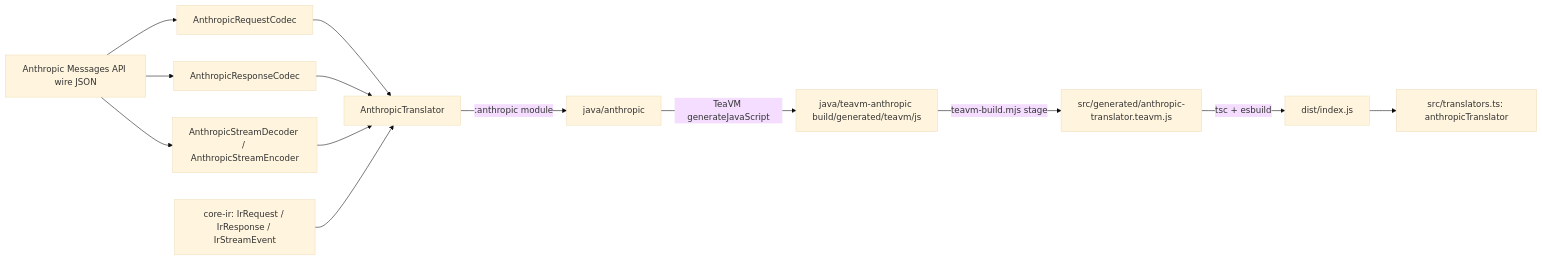
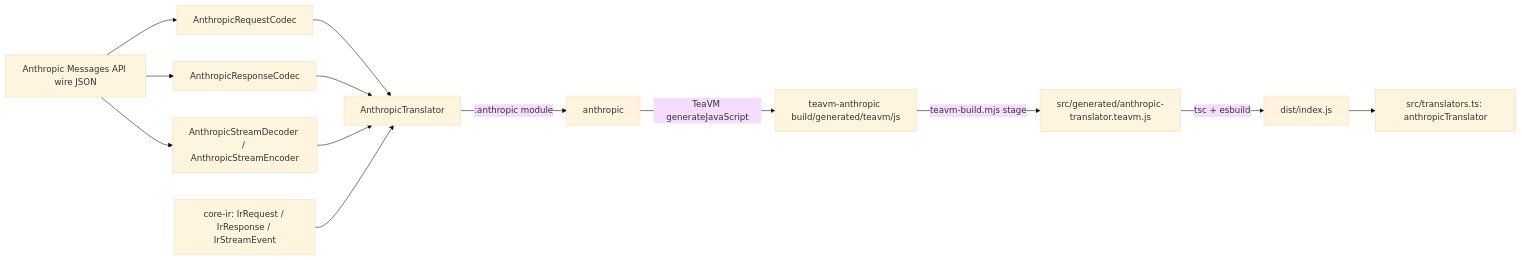
One commit to intisy-ai/anthropic-translator changed the diagram in README.md. Above: the diagram before and after it, drawn with Mermaid (base theme). The commit also changed other lines of this file and 1 other file, not shown here.

````diff
--- a/README.md
+++ b/README.md
@@ -11,15 +11,15 @@
 ```mermaid
 flowchart LR
   WIRE[Anthropic Messages API wire JSON] --> REQ[AnthropicRequestCodec]
   WIRE --> RESP[AnthropicResponseCodec]
   WIRE --> SSE[AnthropicStreamDecoder / AnthropicStreamEncoder]
   REQ --> TR[AnthropicTranslator]
   RESP --> TR
   SSE --> TR
   IR[core-ir: IrRequest / IrResponse / IrStreamEvent] --> TR
-  TR -->|":anthropic" module| ANTHROPIC[java/anthropic]
-  ANTHROPIC -->|TeaVM generateJavaScript| GEN[java/teavm-anthropic build/generated/teavm/js]
+  TR -->|":anthropic" module| ANTHROPIC[anthropic]
+  ANTHROPIC -->|TeaVM generateJavaScript| GEN[teavm-anthropic build/generated/teavm/js]
   GEN -->|teavm-build.mjs stage| STAGED[src/generated/anthropic-translator.teavm.js]
   STAGED -->|tsc + esbuild| DIST[dist/index.js]
   DIST --> API["src/translators.ts: anthropicTranslator"]
 ```
````
